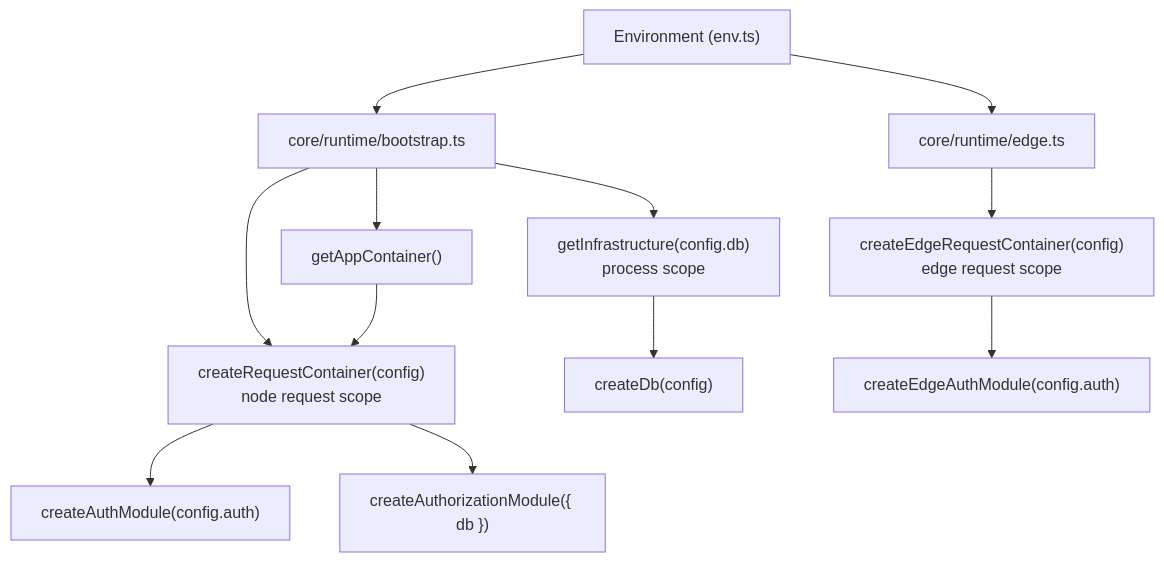
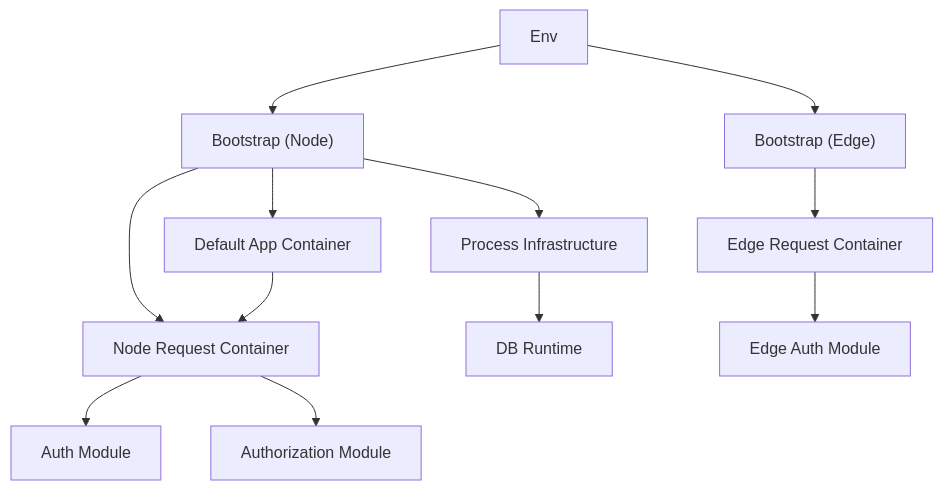
Before and after one commit to wmitrus/nextjs-16-boilerplate: the diagram in docs/architecture/02 – Composition Root Architecture.md, drawn with Mermaid.

Commit message:
style: update diagram labels for clarity in Composition Root Architecture

````diff
--- a/docs/architecture/02 – Composition Root Architecture.md
+++ b/docs/architecture/02 – Composition Root Architecture.md
@@ -3,35 +3,34 @@
 ```mermaid
 flowchart TD
 
-ENV["Environment (env.ts)"]
+Env["Env"]
 
-BOOTSTRAP["core/runtime/bootstrap.ts"]
-INFRA["getInfrastructure(config.db)\nprocess scope"]
-NODE["createRequestContainer(config)\nnode request scope"]
-APP["getAppContainer()"]
+Boot["Bootstrap (Node)"]
+Infra["Process Infrastructure"]
+NodeC["Node Request Container"]
+AppC["Default App Container"]
 
-EDGEBOOT["core/runtime/edge.ts"]
-EDGE["createEdgeRequestContainer(config)\nedge request scope"]
+EdgeBoot["Bootstrap (Edge)"]
+EdgeC["Edge Request Container"]
 
-DB["createDb(config)"]
-AUTHMOD["createAuthModule(config.auth)"]
-AUTHZMOD["createAuthorizationModule({ db })"]
-EDGEAUTH["createEdgeAuthModule(config.auth)"]
+Db["DB Runtime"]
+AuthMod["Auth Module"]
+AuthzMod["Authorization Module"]
+EdgeAuth["Edge Auth Module"]
 
-ENV --> BOOTSTRAP
-ENV --> EDGEBOOT
+Env --> Boot
+Env --> EdgeBoot
 
-BOOTSTRAP --> INFRA
-BOOTSTRAP --> NODE
-BOOTSTRAP --> APP
+Boot --> Infra --> Db
+Boot --> NodeC
+Boot --> AppC
 
-EDGEBOOT --> EDGE
+EdgeBoot --> EdgeC
 
-INFRA --> DB
-NODE --> AUTHMOD
-NODE --> AUTHZMOD
+NodeC --> AuthMod
+NodeC --> AuthzMod
 
-EDGE --> EDGEAUTH
+EdgeC --> EdgeAuth
 
-APP --> NODE
+AppC --> NodeC
 ```
````
